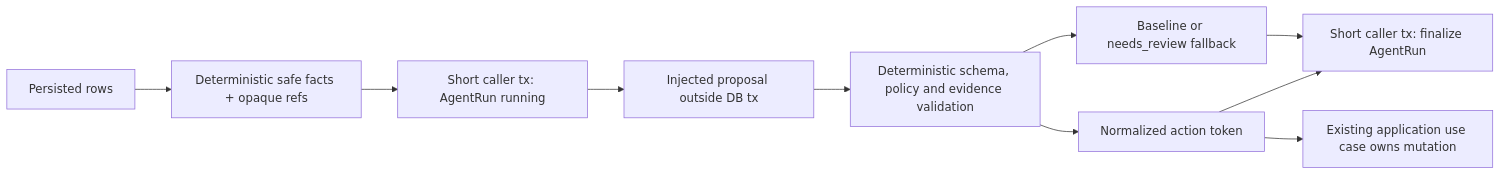
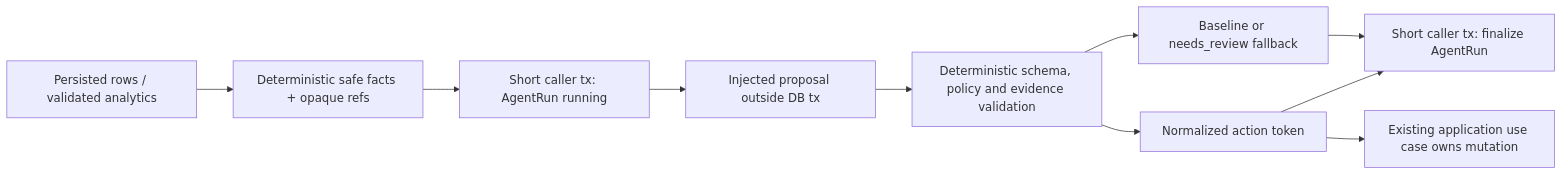
Before and after one commit to HPhucTV/DevRadar: the fifth of 5 diagrams in docs/ARCHITECTURE.md, drawn with Mermaid. The commit also changed other lines of this file and 4 other files, not shown here.

````diff
--- a/docs/ARCHITECTURE.md
+++ b/docs/ARCHITECTURE.md
@@ -119,12 +119,12 @@
 ```mermaid
 flowchart LR
-    I["Persisted rows"] --> B["Deterministic safe facts + opaque refs"]
+    I["Persisted rows / validated analytics"] --> B["Deterministic safe facts + opaque refs"]
     B --> S["Short caller tx: AgentRun running"]
     S --> D["Injected proposal outside DB tx"]
     D --> V["Deterministic schema, policy and evidence validation"]
     V --> A["Normalized action token"]
     V --> F["Baseline or needs_review fallback"]
     A --> T["Short caller tx: finalize AgentRun"]
     F --> T
     A --> W["Existing application use case owns mutation"]
 ```
````
